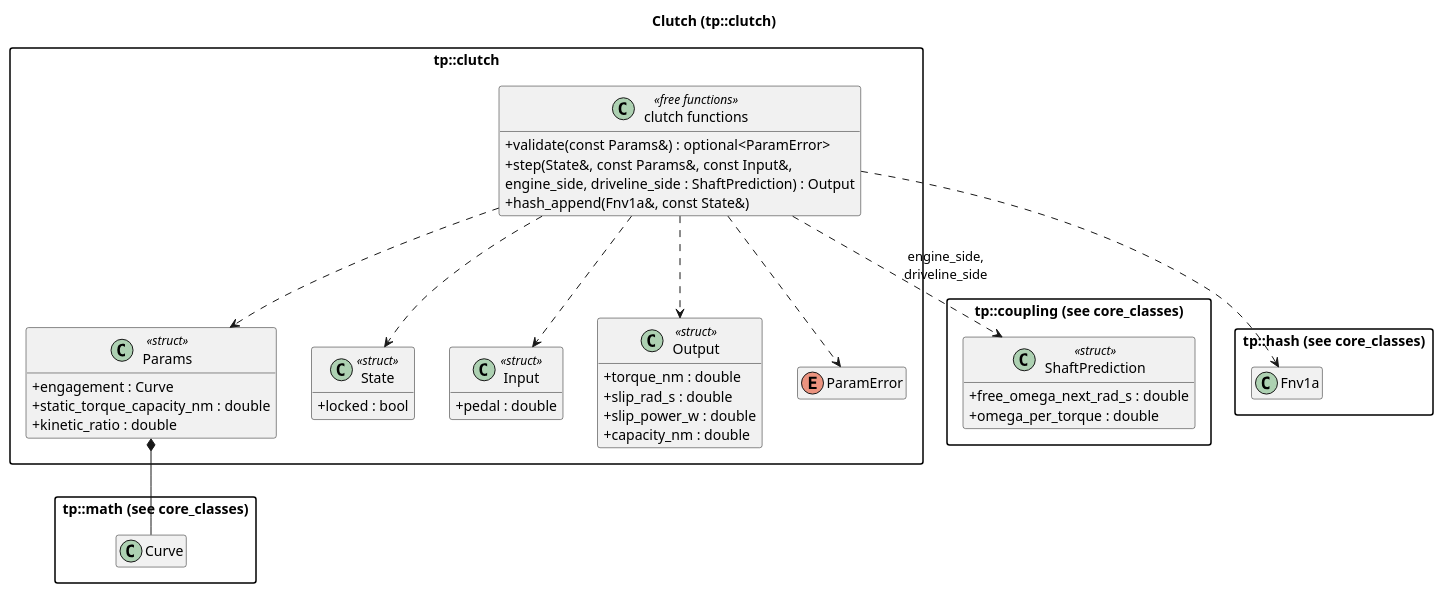
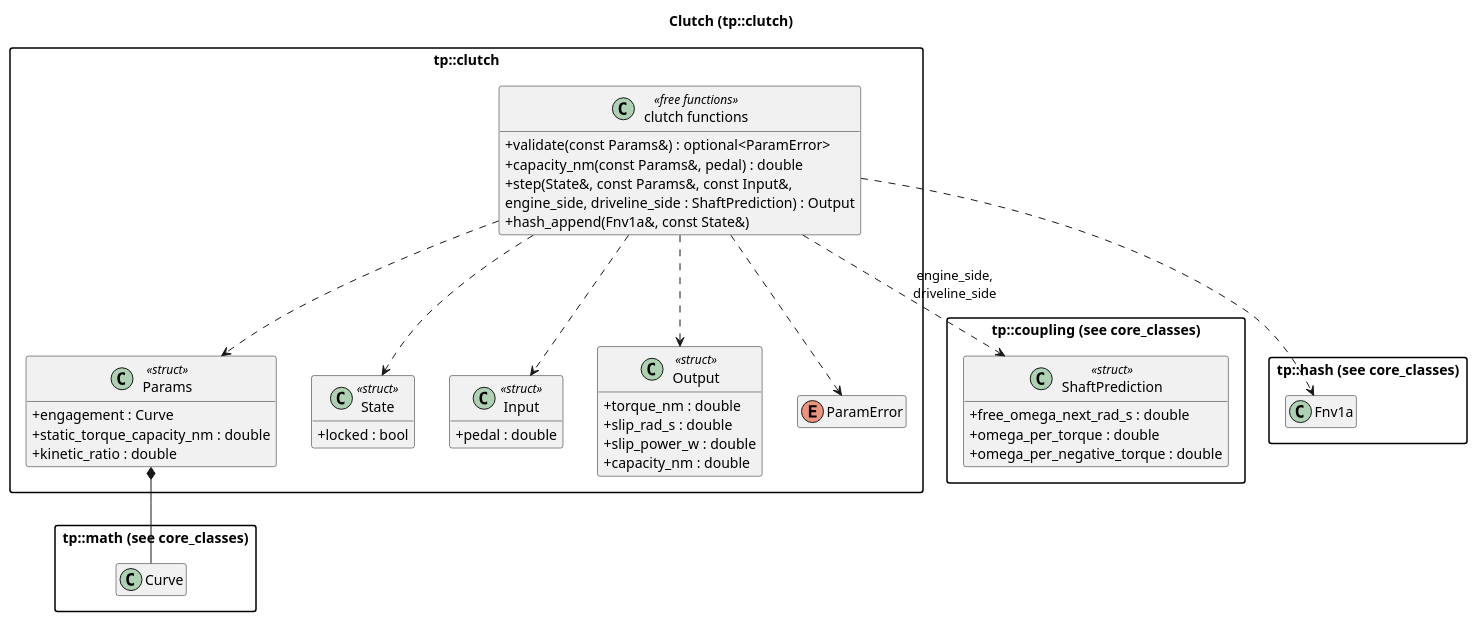
One commit to wversteeg/TractorPulling changed the diagram in docs/diagrams/clutch_classes.puml. Above: the diagram before and after it, drawn with PlantUML. The commit also changed 10 other files, not shown here.

```diff
--- a/docs/diagrams/clutch_classes.puml
+++ b/docs/diagrams/clutch_classes.puml
@@ -1,55 +1,57 @@
 @startuml clutch_classes
 title Clutch (tp::clutch)
 hide empty members
 skinparam packageStyle rectangle
 skinparam classAttributeIconSize 0
 
 package "tp::math (see core_classes)" {
   class Curve
 }
 package "tp::coupling (see core_classes)" {
   class ShaftPrediction <<struct>> {
     +free_omega_next_rad_s : double
     +omega_per_torque : double
+    +omega_per_negative_torque : double
   }
 }
 package "tp::hash (see core_classes)" {
   class Fnv1a
 }
 
   package "tp::clutch" {
     class "Params" as ClutchParams <<struct>> {
       +engagement : Curve
       +static_torque_capacity_nm : double
       +kinetic_ratio : double
     }
     class "State" as ClutchState <<struct>> {
       +locked : bool
     }
     class "Input" as ClutchInput <<struct>> {
       +pedal : double
     }
     class "Output" as ClutchOutput <<struct>> {
       +torque_nm : double
       +slip_rad_s : double
       +slip_power_w : double
       +capacity_nm : double
     }
     enum "ParamError" as ClutchParamError
     class "clutch functions" as ClutchFns <<free functions>> {
       +validate(const Params&) : optional<ParamError>
+      +capacity_nm(const Params&, pedal) : double
       +step(State&, const Params&, const Input&,
             engine_side, driveline_side : ShaftPrediction) : Output
       +hash_append(Fnv1a&, const State&)
     }
     ClutchParams *-- Curve
     ClutchFns ..> ClutchParams
     ClutchFns ..> ClutchState
     ClutchFns ..> ClutchInput
     ClutchFns ..> ClutchOutput
     ClutchFns ..> ClutchParamError
   }
 
 ClutchFns ..> ShaftPrediction : engine_side,\ndriveline_side
 ClutchFns ..> Fnv1a
 @enduml
```
